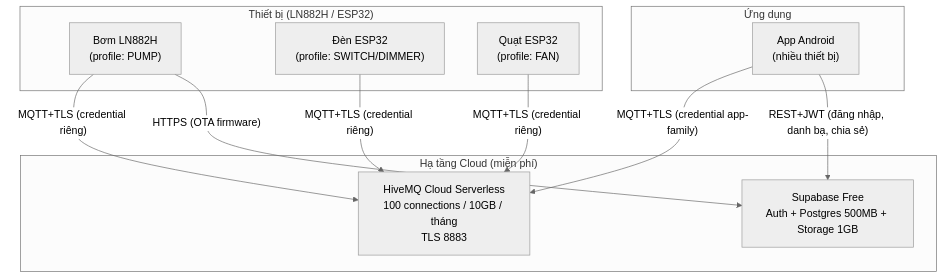
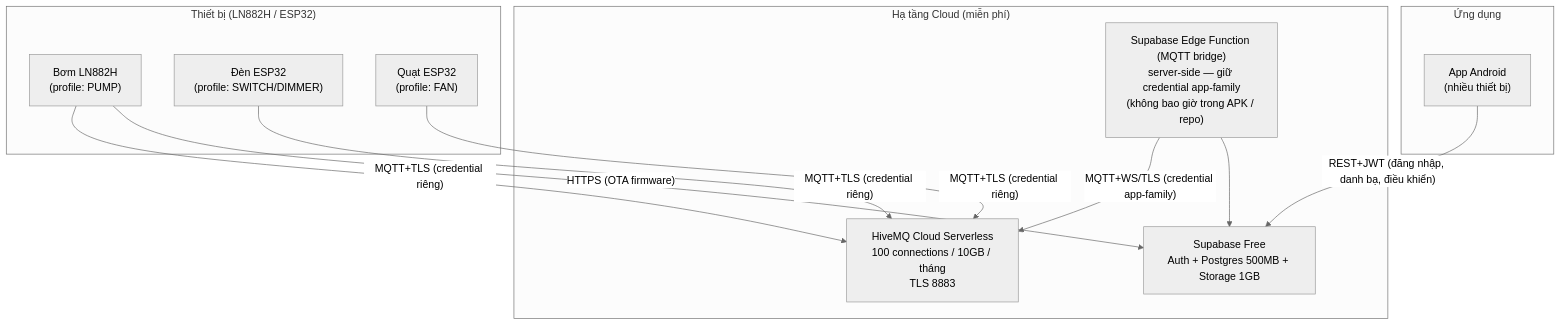
Before and after one commit to nndai/smart-home-platform: the first of 7 diagrams in docs/ECOSYSTEM_PLAN.md, drawn with Mermaid (neutral theme). The commit also changed other lines of this file and 2 other files, not shown here.

Commit message:
docs: ECOSYSTEM_PLAN — app điều khiển qua EF bridge (không MQTT trực tiếp); fix path web_debug/web

````diff
--- a/docs/ECOSYSTEM_PLAN.md
+++ b/docs/ECOSYSTEM_PLAN.md
@@ -7,24 +7,26 @@
 ```mermaid
 graph TB
     subgraph Cloud_Infra["Hạ tầng Cloud (miễn phí)"]
         HIVEMQ["HiveMQ Cloud Serverless<br/>100 connections / 10GB / tháng<br/>TLS 8883"]
         SUPA["Supabase Free<br/>Auth + Postgres 500MB + Storage 1GB"]
+        EF["Supabase Edge Function (MQTT bridge)<br/>server-side — giữ credential app-family<br/>(không bao giờ trong APK / repo)"]
     end
 
     subgraph Devices["Thiết bị (LN882H / ESP32)"]
         PUMP["Bơm LN882H<br/>(profile: PUMP)"]
         LIGHT["Đèn ESP32<br/>(profile: SWITCH/DIMMER)"]
         FAN["Quạt ESP32<br/>(profile: FAN)"]
     end
 
     subgraph Apps["Ứng dụng"]
         APP["App Android<br/>(nhiều thiết bị)"]
     end
 
     PUMP -- "MQTT+TLS (credential riêng)" --> HIVEMQ
     LIGHT -- "MQTT+TLS (credential riêng)" --> HIVEMQ
     FAN -- "MQTT+TLS (credential riêng)" --> HIVEMQ
-    APP -- "MQTT+TLS (credential app-family)" --> HIVEMQ
-    APP -- "REST+JWT (đăng nhập, danh bạ, chia sẻ)" --> SUPA
+    EF -- "MQTT+WS/TLS (credential app-family)" --> HIVEMQ
+    APP -- "REST+JWT (đăng nhập, danh bạ, điều khiển)" --> SUPA
+    EF --> SUPA
     PUMP -- "HTTPS (OTA firmware)" --> SUPA
 ```
````
